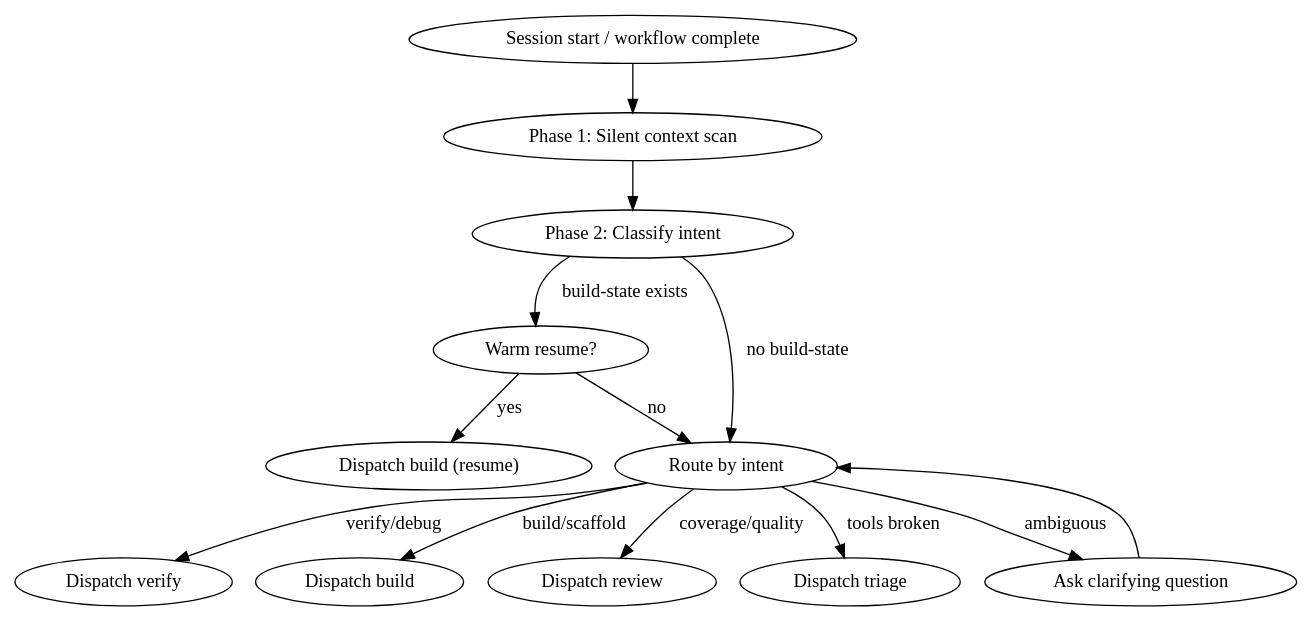
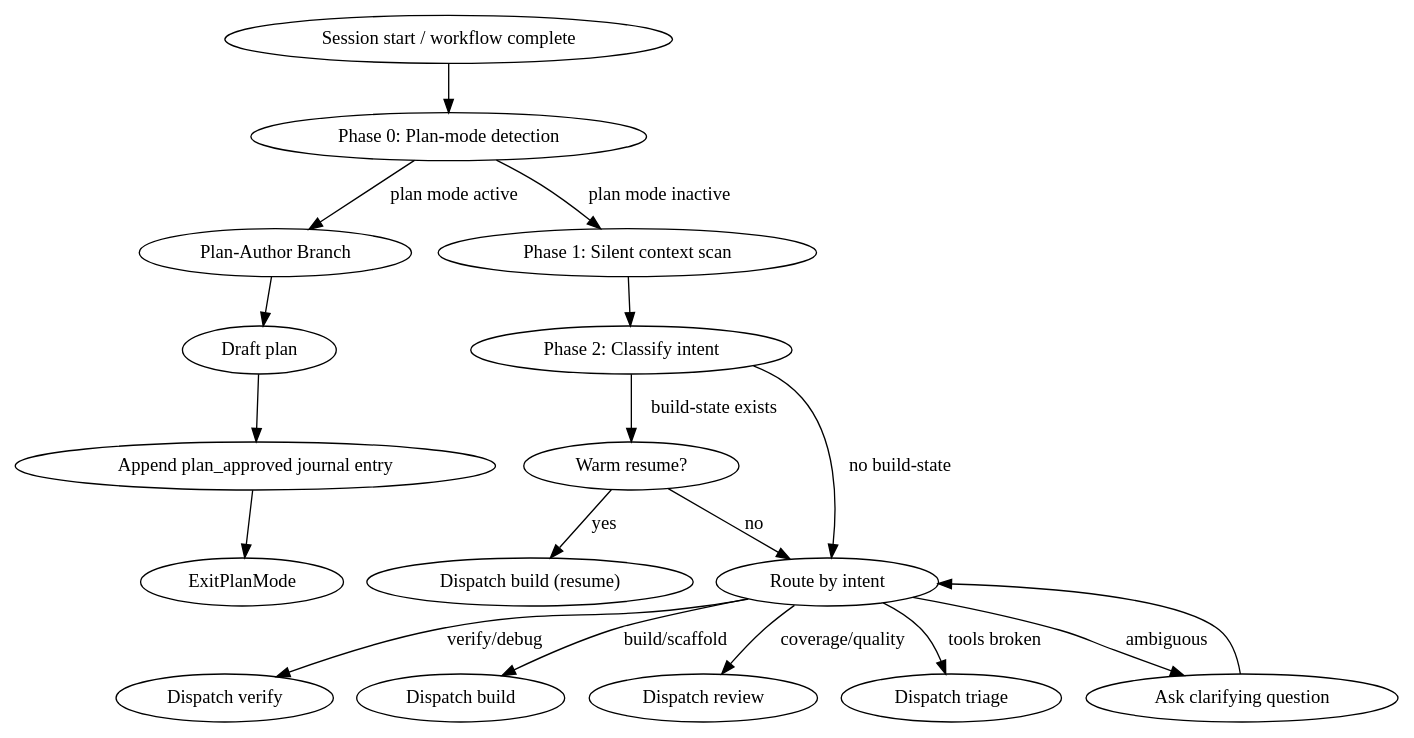
The diagram in plugins/panther-ivy-plugin/skills/navigate/SKILL.md (ElNiak/panther-ivy-plugin), drawn with Graphviz before and after one commit. The commit also changed other lines of this file, not shown here.

````diff
--- a/plugins/panther-ivy-plugin/skills/navigate/SKILL.md
+++ b/plugins/panther-ivy-plugin/skills/navigate/SKILL.md
@@ -33,16 +34,19 @@
 ```dot
 digraph navigate_flow {
-  "Session start / workflow complete" -> "Phase 1: Silent context scan";
+  "Session start / workflow complete" -> "Phase 0: Plan-mode detection";
+  "Phase 0: Plan-mode detection" -> "Plan-Author Branch" [label="plan mode active"];
+  "Phase 0: Plan-mode detection" -> "Phase 1: Silent context scan" [label="plan mode inactive"];
+  "Plan-Author Branch" -> "Draft plan" -> "Append plan_approved journal entry" -> "ExitPlanMode";
   "Phase 1: Silent context scan" -> "Phase 2: Classify intent";
   "Phase 2: Classify intent" -> "Warm resume?" [label="build-state exists"];
   "Warm resume?" -> "Dispatch build (resume)" [label="yes"];
   "Warm resume?" -> "Route by intent" [label="no"];
   "Phase 2: Classify intent" -> "Route by intent" [label="no build-state"];
   "Route by intent" -> "Dispatch verify" [label="verify/debug"];
   "Route by intent" -> "Dispatch build" [label="build/scaffold"];
   "Route by intent" -> "Dispatch review" [label="coverage/quality"];
   "Route by intent" -> "Dispatch triage" [label="tools broken"];
   "Route by intent" -> "Ask clarifying question" [label="ambiguous"];
   "Ask clarifying question" -> "Route by intent";
 }
 ```
````
